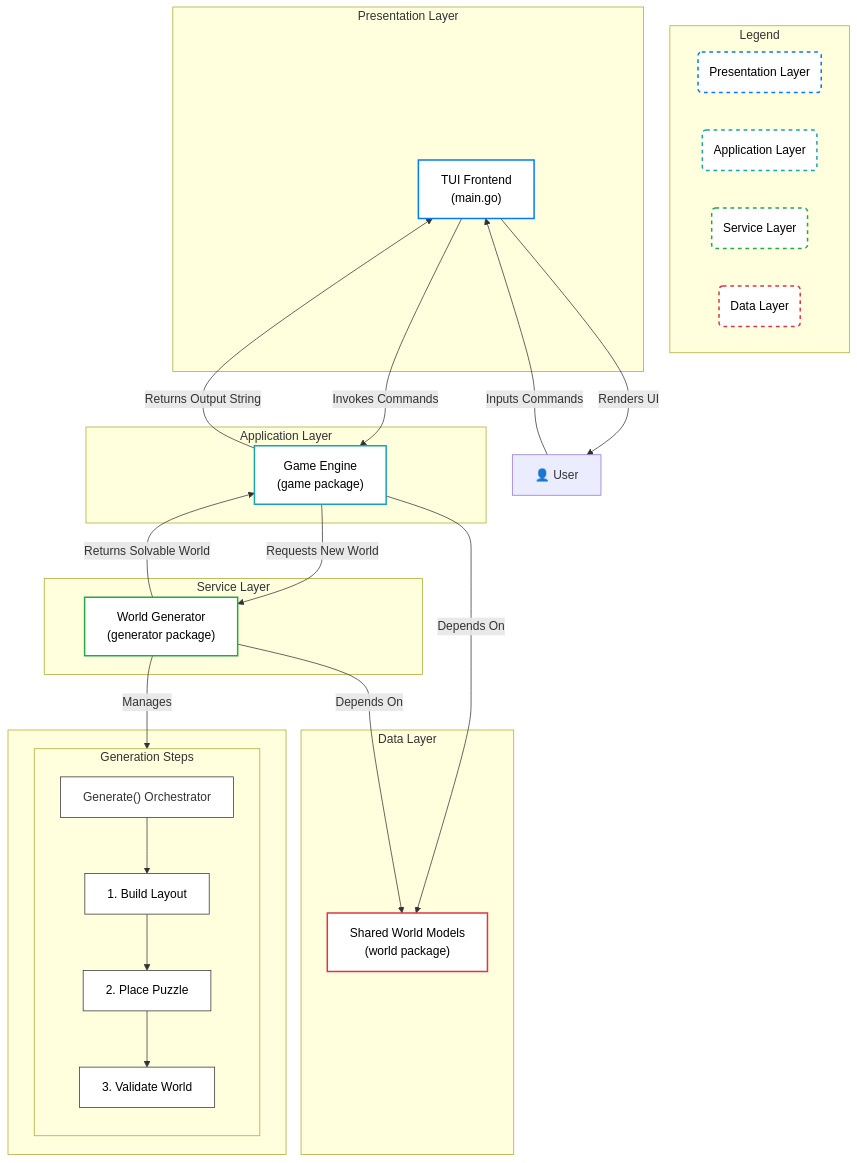
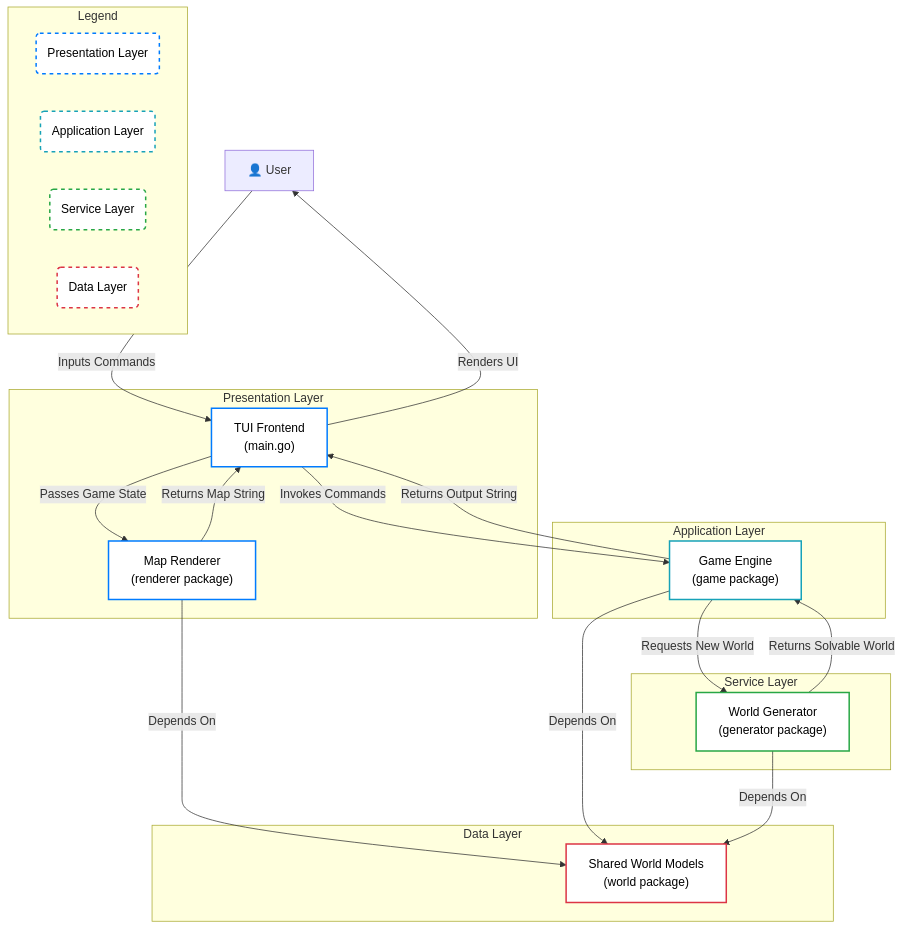
The diagram in DESIGN.md (kphutt/text-adventure-v2), drawn with Mermaid before and after one commit.

Commit message:
docs: Update architecture diagram to include Renderer service

````diff
--- a/DESIGN.md
+++ b/DESIGN.md
@@ -74,68 +74,53 @@
 ```mermaid
 graph TD
     %% --- Legend ---
     subgraph "Legend"
         direction LR
-        L1(Presentation Layer)
-        L2(Application Layer)
-        L3(Service Layer)
-        L4(Data Layer)
+        L1(Presentation Layer); L2(Application Layer); L3(Service Layer); L4(Data Layer)
     end
     style L1 fill:#fff,stroke:#007bff,stroke-width:2px,stroke-dasharray: 5 5,color:#000
     style L2 fill:#fff,stroke:#17a2b8,stroke-width:2px,stroke-dasharray: 5 5,color:#000
     style L3 fill:#fff,stroke:#28a745,stroke-width:2px,stroke-dasharray: 5 5,color:#000
     style L4 fill:#fff,stroke:#dc3545,stroke-width:2px,stroke-dasharray: 5 5,color:#000
 
-    %% --- Component Styles ---
-    style TUI fill:#fff,stroke:#007bff,stroke-width:2px,color:#000
-    style GameEngine fill:#fff,stroke:#17a2b8,stroke-width:2px,color:#000
-    style GeneratorService fill:#fff,stroke:#28a745,stroke-width:2px,color:#000
-    style Models fill:#fff,stroke:#dc3545,stroke-width:2px,color:#000
-    style Orchestrator fill:#fff,stroke:#333,stroke-width:1px,color:#000 %% Internal orchestrator
-    style Builder fill:#fff,stroke:#333,stroke-width:1px,color:#000
-    style Puzzler fill:#fff,stroke:#333,stroke-width:1px,color:#000
-    style Validator fill:#fff,stroke:#333,stroke-width:1px,color:#000
-
-
     %% --- Architecture ---
     User["👤 User"]
 
     subgraph "Presentation Layer"
+        style TUI fill:#fff,stroke:#007bff,stroke-width:2px,color:#000
+        style Renderer fill:#fff,stroke:#007bff,stroke-width:2px,color:#000
         TUI["TUI Frontend<br>(main.go)"]
+        Renderer["Map Renderer<br>(renderer package)"]
     end
 
     subgraph "Application Layer"
+        style GameEngine fill:#fff,stroke:#17a2b8,stroke-width:2px,color:#000
         GameEngine["Game Engine<br>(game package)"]
     end
 
     subgraph "Service Layer"
+        style GeneratorService fill:#fff,stroke:#28a745,stroke-width:2px,color:#000
         GeneratorService["World Generator<br>(generator package)"]
     end
 
     subgraph "Data Layer"
+        style Models fill:#fff,stroke:#dc3545,stroke-width:2px,color:#000
         Models["Shared World Models<br>(world package)"]
     end
-
-    %% --- Primary User Flow & Data Flow ---
+    
+    %% --- Data Flow & Dependencies ---
     User -->|Inputs Commands| TUI
     TUI -->|Renders UI| User
     TUI -->|Invokes Commands| GameEngine
     GameEngine -->|Returns Output String| TUI
+    
+    TUI -->|Passes Game State| Renderer
+    Renderer -->|Returns Map String| TUI
+    
     GameEngine -->|Requests New World| GeneratorService
     GeneratorService -->|Returns Solvable World| GameEngine
 
-    %% --- Core Architectural Dependencies ---
+    Renderer -->|Depends On| Models
     GameEngine -->|Depends On| Models
     GeneratorService -->|Depends On| Models
-
-    %% --- Internal Details of Generator Service ---
-    subgraph " "
-      GeneratorService -- Manages --> Orchestrator["Generate() Orchestrator"]
-      subgraph "Generation Steps"
-        direction TB
-        Orchestrator --> Builder["1. Build Layout"]
-        Builder --> Puzzler["2. Place Puzzle"]
-        Puzzler --> Validator["3. Validate World"]
-      end
-    end
 ```
````
